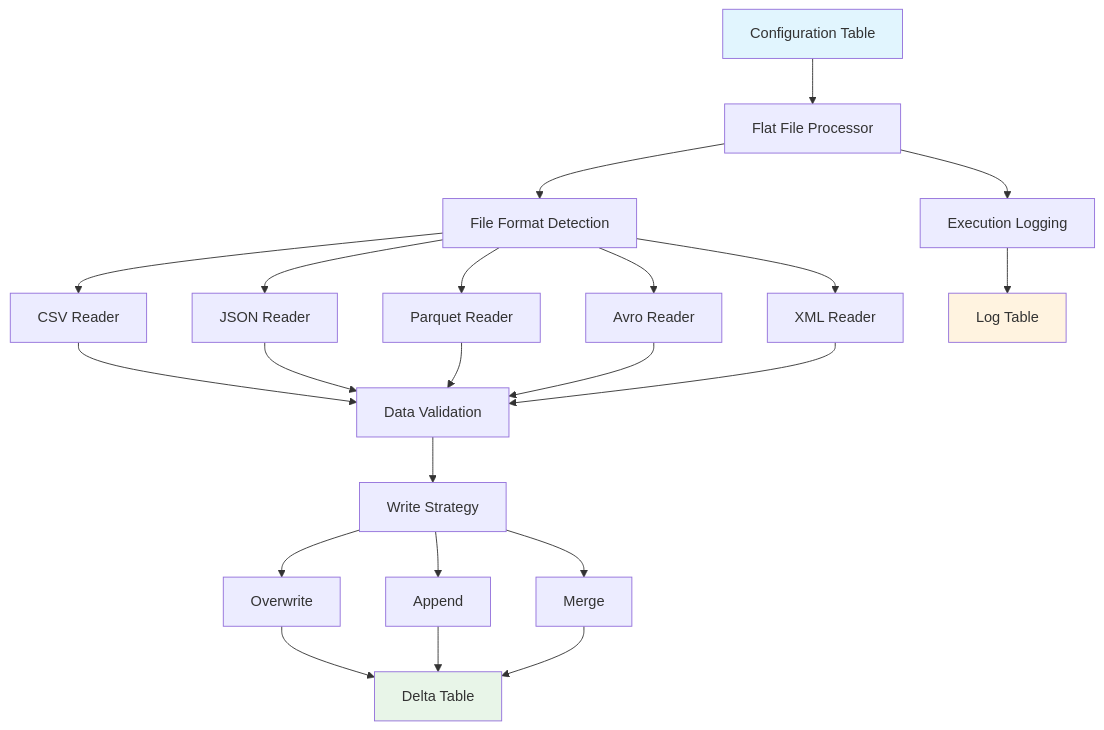
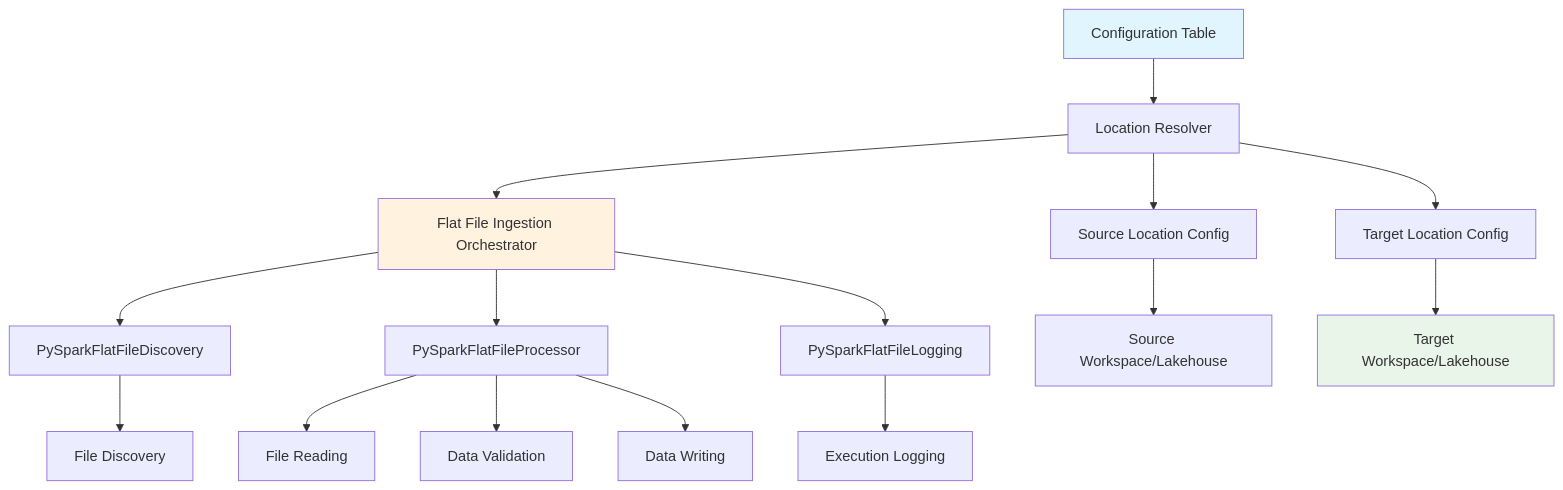
One commit to Insight-Services-APAC/Insight_Ingenious_For_Fabric changed the first of 2 diagrams in docs/packages/flat_file_ingestion.md. Above: the diagram before and after it, drawn with Mermaid. The commit also changed other lines of this file and 52 other files, not shown here.

````diff
--- a/docs/packages/flat_file_ingestion.md
+++ b/docs/packages/flat_file_ingestion.md
@@ -18,32 +227,25 @@
 ```mermaid
 graph TD
-    A[Configuration Table] --> B[Flat File Processor]
-    B --> C[File Format Detection]
-    C --> D[CSV Reader]
-    C --> E[JSON Reader]
-    C --> F[Parquet Reader]
-    C --> G[Avro Reader]
-    C --> H[XML Reader]
+    A[Configuration Table] --> B[Location Resolver]
+    B --> C[Flat File Ingestion Orchestrator]
     
-    D --> I[Data Validation]
-    E --> I
-    F --> I
-    G --> I
-    H --> I
+    C --> D[PySparkFlatFileDiscovery]
+    C --> E[PySparkFlatFileProcessor]
+    C --> F[PySparkFlatFileLogging]
     
-    I --> J[Write Strategy]
-    J --> K[Overwrite]
-    J --> L[Append]
-    J --> M[Merge]
+    D --> G[File Discovery]
+    E --> H[File Reading]
+    E --> I[Data Validation]
+    E --> J[Data Writing]
+    F --> K[Execution Logging]
     
-    K --> N[Delta Table]
-    L --> N
-    M --> N
+    B --> L[Source Location Config]
+    B --> M[Target Location Config]
     
-    B --> O[Execution Logging]
-    O --> P[Log Table]
+    L --> N[Source Workspace/Lakehouse]
+    M --> O[Target Workspace/Lakehouse]
     
     style A fill:#e1f5fe
-    style N fill:#e8f5e8
-    style P fill:#fff3e0
+    style C fill:#fff3e0
+    style O fill:#e8f5e8
 ```
````
